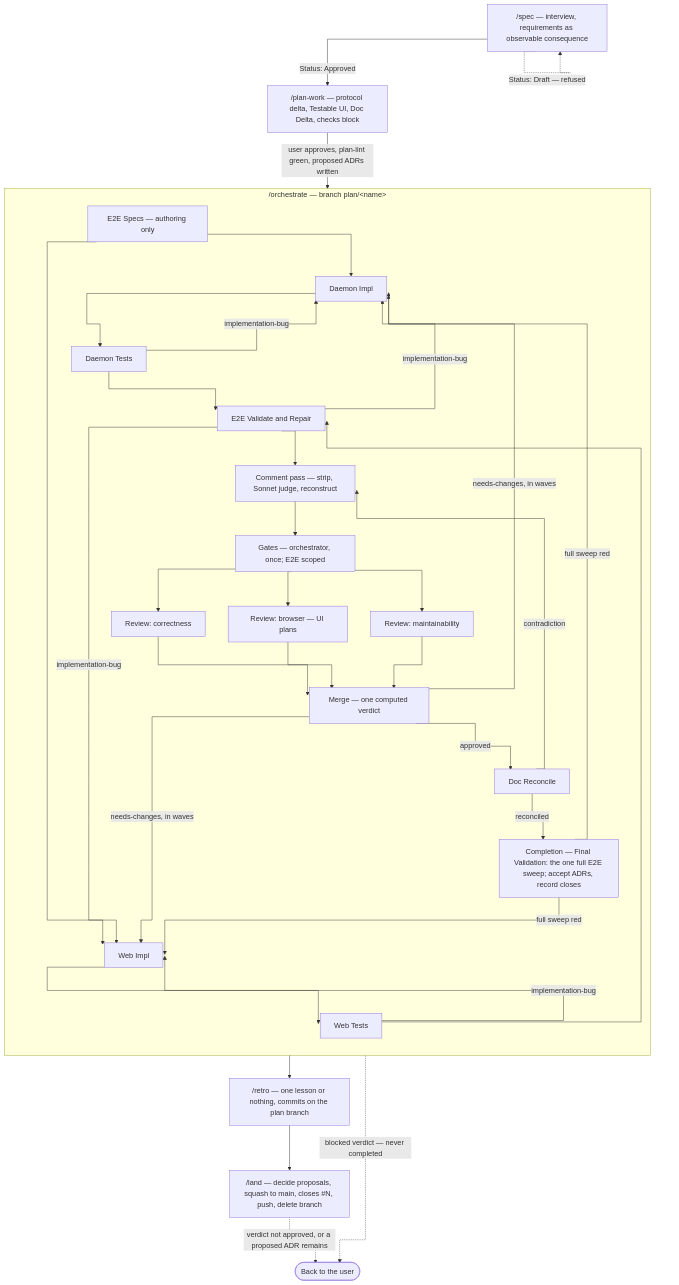
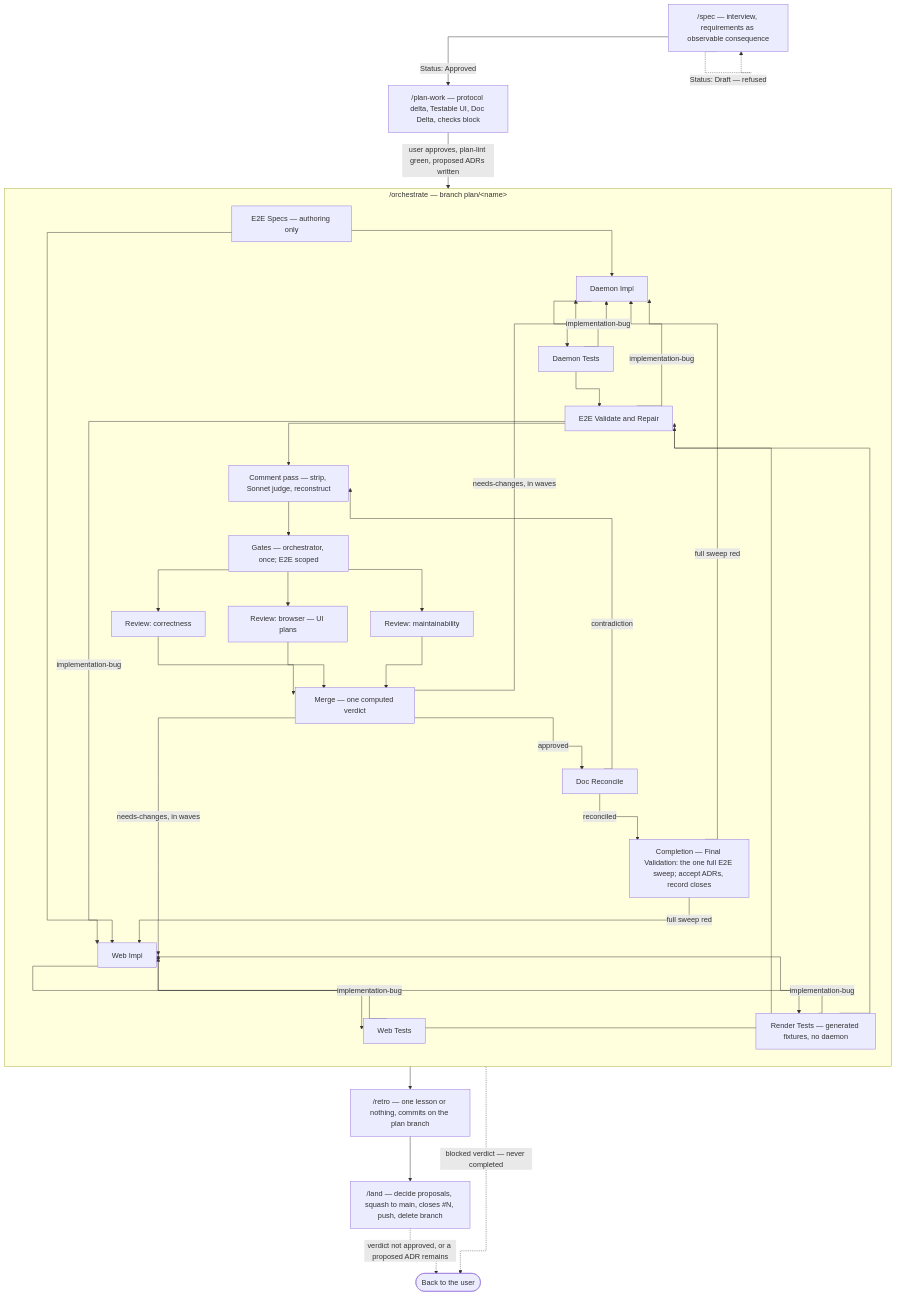
The diagram in docs/diagrams/pipeline-execution-order.md (Zalaras/muster), drawn with Mermaid before and after one commit. The commit also changed other lines of this file and 43 other files, not shown here.

First line of the commit message:
test(render): render tier — fixtures generated from the daemon, a daemon-less harness, and the test-level records

````diff
--- a/docs/diagrams/pipeline-execution-order.md
+++ b/docs/diagrams/pipeline-execution-order.md
@@ -39,40 +40,43 @@
 ```mermaid
 %%{init: {"layout": "dagre", "flowchart": {"curve": "stepAfter"}}}%%
 flowchart TD
     SPEC["/spec — interview, requirements as observable consequence"] -->|Status: Approved| PW["/plan-work — protocol delta, Testable UI, Doc Delta, checks block"]
     SPEC -.->|Status: Draft — refused| SPEC
     PW -->|user approves, plan-lint green, proposed ADRs written| ORCH
 
     subgraph ORCH["/orchestrate — branch plan/&lt;name&gt;"]
         direction TB
         S[E2E Specs — authoring only] --> DI[Daemon Impl]
         S --> WI[Web Impl]
         DI --> DT[Daemon Tests]
         WI --> WT[Web Tests]
+        WI --> RT[Render Tests — generated fixtures, no daemon]
         DT -->|implementation-bug| DI
         WT -->|implementation-bug| WI
+        RT -->|implementation-bug| WI
         DT --> V[E2E Validate and Repair]
         WT --> V
+        RT --> V
         V -->|implementation-bug| DI
         V -->|implementation-bug| WI
         V --> CP[Comment pass — strip, Sonnet judge, reconstruct] --> G[Gates — orchestrator, once; E2E scoped]
         G --> RC[Review: correctness]
         G --> RB[Review: browser — UI plans]
         G --> RM[Review: maintainability]
         RC --> M[Merge — one computed verdict]
         RB --> M
         RM --> M
         M -->|needs-changes, in waves| DI
         M -->|needs-changes, in waves| WI
         M -->|approved| DR[Doc Reconcile]
         DR -->|contradiction| CP
         DR -->|reconciled| C[Completion — Final Validation: the one full E2E sweep; accept ADRs, record closes]
         C -->|full sweep red| DI
         C -->|full sweep red| WI
     end
 
     ORCH --> RETRO["/retro — one lesson or nothing, commits on the plan branch"]
     RETRO --> LAND["/land — decide proposals, squash to main, closes #N, push, delete branch"]
     ORCH -.->|blocked verdict — never completed| USER([Back to the user])
     LAND -.->|verdict not approved, or a proposed ADR remains| USER
 ```
````
